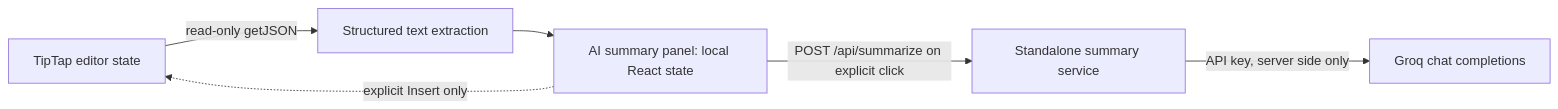
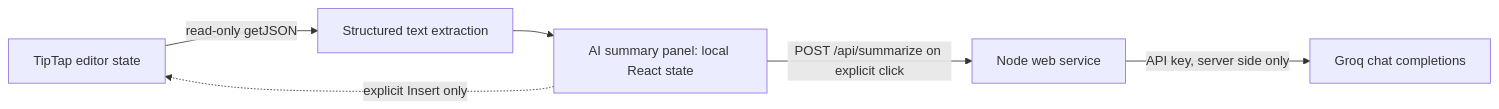
The second of 2 diagrams in ARCHITECTURE.md (aarushi-13/TSG), drawn with Mermaid before and after one commit. The commit also changed other lines of this file and 13 other files, not shown here.

````diff
--- a/ARCHITECTURE.md
+++ b/ARCHITECTURE.md
@@ -53,8 +53,8 @@
 ```mermaid
 flowchart LR
   EDITOR[TipTap editor state] -->|read-only getJSON| EXTRACT[Structured text extraction]
   EXTRACT --> PANEL[AI summary panel: local React state]
-  PANEL -->|POST /api/summarize on explicit click| LLM[Standalone summary service]
+  PANEL -->|POST /api/summarize on explicit click| LLM[Node web service]
   LLM -->|API key, server side only| GROQ[Groq chat completions]
   PANEL -.->|explicit Insert only| EDITOR
 ```
````
